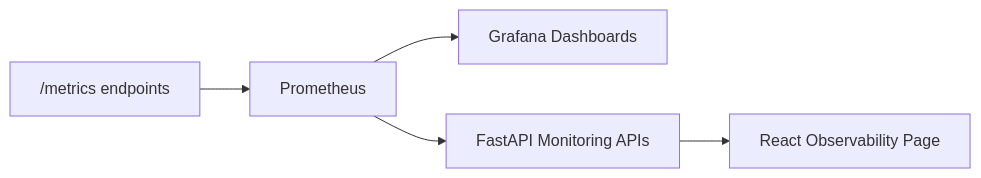
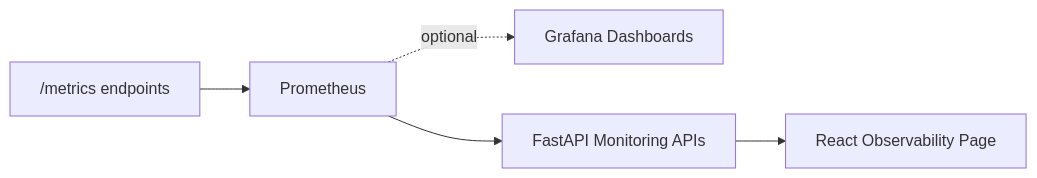
Before and after one commit to Jay-2522/Real-Time-Analytics-System: the sixth of 7 diagrams in docs/architecture.md, drawn with Mermaid. The commit also changed other lines of this file and 8 other files, not shown here.

Commit message:
refactor: make Grafana an optional dashboard profile

````diff
--- a/docs/architecture.md
+++ b/docs/architecture.md
@@ -145,7 +145,7 @@
 ```mermaid
 flowchart LR
     A["/metrics endpoints"] --> B["Prometheus"]
-    B --> C["Grafana Dashboards"]
+    B -. optional .-> C["Grafana Dashboards"]
     B --> D["FastAPI Monitoring APIs"]
     D --> E["React Observability Page"]
 ```
````
